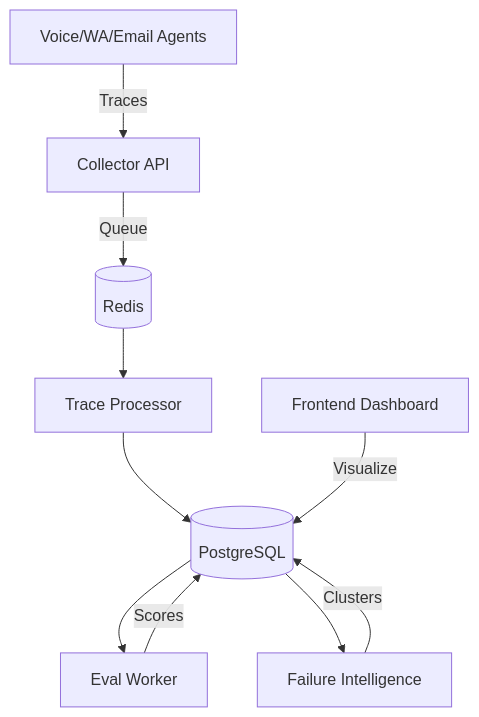
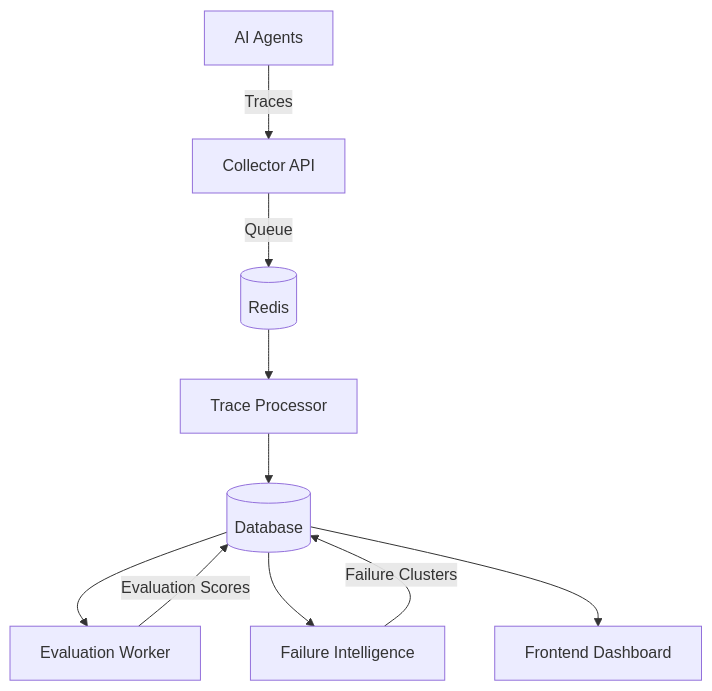
The diagram in README.md (Varshatolani14/LLM-Agent-Eval-Tracing-Infrastructure), drawn with Mermaid before and after one commit. The commit also changed other lines of this file, not shown here.

````diff
--- a/README.md
+++ b/README.md
@@ -53,12 +97,12 @@
 ```mermaid
 graph TD
-    A[Voice/WA/Email Agents] -->|Traces| B[Collector API]
+    A[AI Agents] -->|Traces| B[Collector API]
     B -->|Queue| C[(Redis)]
     C --> D[Trace Processor]
-    D --> E[(PostgreSQL)]
-    E --> F[Eval Worker]
+    D --> E[(Database)]
+    E --> F[Evaluation Worker]
     E --> G[Failure Intelligence]
-    F -->|Scores| E
-    G -->|Clusters| E
-    H[Frontend Dashboard] -->|Visualize| E
+    F -->|Evaluation Scores| E
+    G -->|Failure Clusters| E
+    E --> H[Frontend Dashboard]
 ```
````
